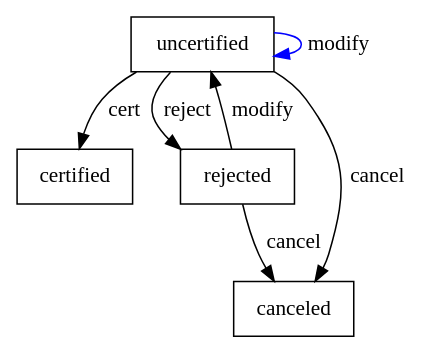
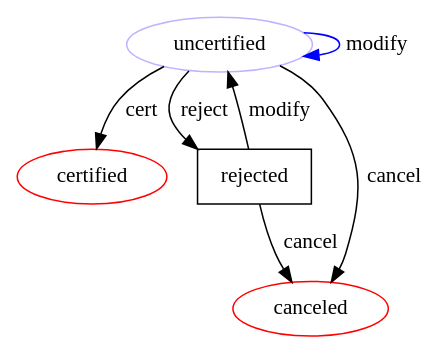
One commit to clszzyh/flexflow changed the diagram in README.md. Above: the diagram before and after it, drawn with Graphviz. The commit also changed other lines of this file and 8 other files, not shown here.

````diff
--- a/README.md
+++ b/README.md
@@ -79,17 +79,17 @@
 ```dot
 // custom_mark10
 digraph verify {
   size = "4,4";
-  uncertified [label=uncertified,shape=box];
-  certified [label=certified,shape=box];
+  uncertified [label=uncertified,color=".7 .3 1.0"];
+  certified [label=certified,color=red];
   rejected [label=rejected,shape=box];
-  canceled [label=canceled,shape=box];
+  canceled [label=canceled,color=red];
   uncertified -> certified [label=cert];
   uncertified -> uncertified [label=modify,color=blue];
   uncertified -> rejected [label=reject];
   uncertified -> canceled [label=cancel];
   rejected -> uncertified [label=modify];
   rejected -> canceled [label=cancel];
 }
 // custom_mark10
 ```
````
